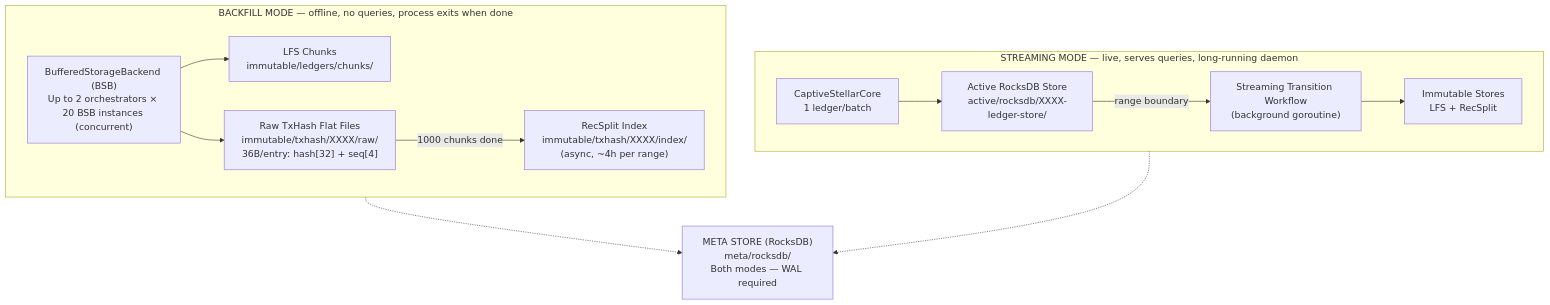
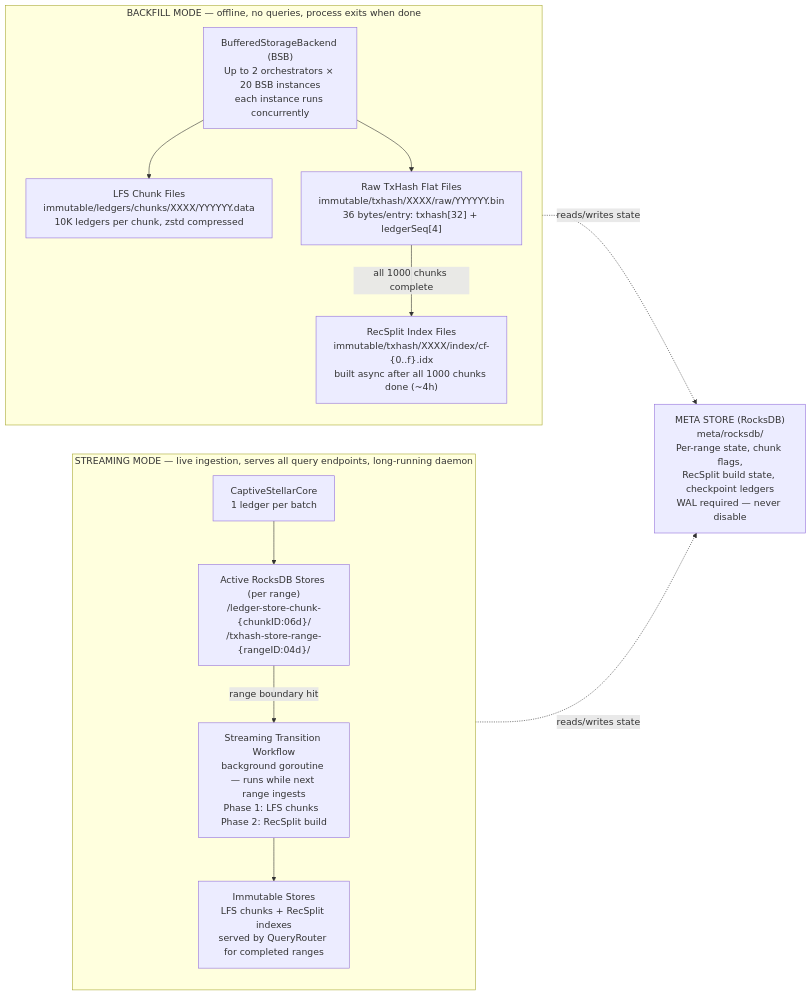
Before and after one commit to karthikiyer56/stellar-full-history-ingestion: the first of 2 diagrams in design-docs-v2/README.md, drawn with Mermaid. The commit also changed 17 other files, not shown here.

````diff
--- a/design-docs-v2/README.md
+++ b/design-docs-v2/README.md
@@ -24,27 +24,29 @@
 ```mermaid
-flowchart TB
+flowchart LR
     subgraph BACKFILL["BACKFILL MODE — offline, no queries, process exits when done"]
-        BSB["BufferedStorageBackend (BSB)<br/>Up to 2 orchestrators × 20 BSB instances (concurrent)"]
-        LFS_B["LFS Chunks<br/>immutable/ledgers/chunks/"]
-        TXRAW["Raw TxHash Flat Files<br/>immutable/txhash/XXXX/raw/<br/>36B/entry: hash[32] + seq[4]"]
-        RECSPLIT_B["RecSplit Index<br/>immutable/txhash/XXXX/index/<br/>(async, ~4h per range)"]
+        direction TB
+        BSB["BufferedStorageBackend (BSB)<br/>Up to 2 orchestrators × 20 BSB instances<br/>each instance runs concurrently"]
+        LFS_B["LFS Chunk Files<br/>immutable/ledgers/chunks/XXXX/YYYYYY.data<br/>10K ledgers per chunk, zstd compressed"]
+        TXRAW["Raw TxHash Flat Files<br/>immutable/txhash/XXXX/raw/YYYYYY.bin<br/>36 bytes/entry: txhash[32] + ledgerSeq[4]"]
+        RECSPLIT_B["RecSplit Index Files<br/>immutable/txhash/XXXX/index/cf-{0..f}.idx<br/>built async after all 1000 chunks done (~4h)"]
         BSB --> LFS_B
         BSB --> TXRAW
-        TXRAW -->|"1000 chunks done"| RECSPLIT_B
+        TXRAW -->|"all 1000 chunks complete"| RECSPLIT_B
     end
 
-    subgraph STREAMING["STREAMING MODE — live, serves queries, long-running daemon"]
-        CORE["CaptiveStellarCore<br/>1 ledger/batch"]
-        ACTIVE["Active RocksDB Store<br/>active/rocksdb/XXXX-ledger-store/"]
-        TRANS["Streaming Transition Workflow<br/>(background goroutine)"]
-        IMM["Immutable Stores<br/>LFS + RecSplit"]
+    subgraph STREAMING["STREAMING MODE — live ingestion, serves all query endpoints, long-running daemon"]
+        direction TB
+        CORE["CaptiveStellarCore<br/>1 ledger per batch"]
+        ACTIVE["Active RocksDB Stores (per range)<br/><active_stores_base_dir>/ledger-store-chunk-{chunkID:06d}/<br/><active_stores_base_dir>/txhash-store-range-{rangeID:04d}/"]
+        TRANS["Streaming Transition Workflow<br/>background goroutine — runs while next range ingests<br/>Phase 1: LFS chunks  Phase 2: RecSplit build"]
+        IMM["Immutable Stores<br/>LFS chunks + RecSplit indexes<br/>served by QueryRouter for completed ranges"]
         CORE --> ACTIVE
-        ACTIVE -->|"range boundary"| TRANS
+        ACTIVE -->|"range boundary hit"| TRANS
         TRANS --> IMM
     end
 
-    META["META STORE (RocksDB)<br/>meta/rocksdb/<br/>Both modes — WAL required"]
+    META["META STORE (RocksDB)<br/>meta/rocksdb/<br/>Per-range state, chunk flags,<br/>RecSplit build state, checkpoint ledgers<br/>WAL required — never disable"]
 
-    BACKFILL -.-> META
-    STREAMING -.-> META
+    BACKFILL -.->|"reads/writes state"| META
+    STREAMING -.->|"reads/writes state"| META
 ```
````
